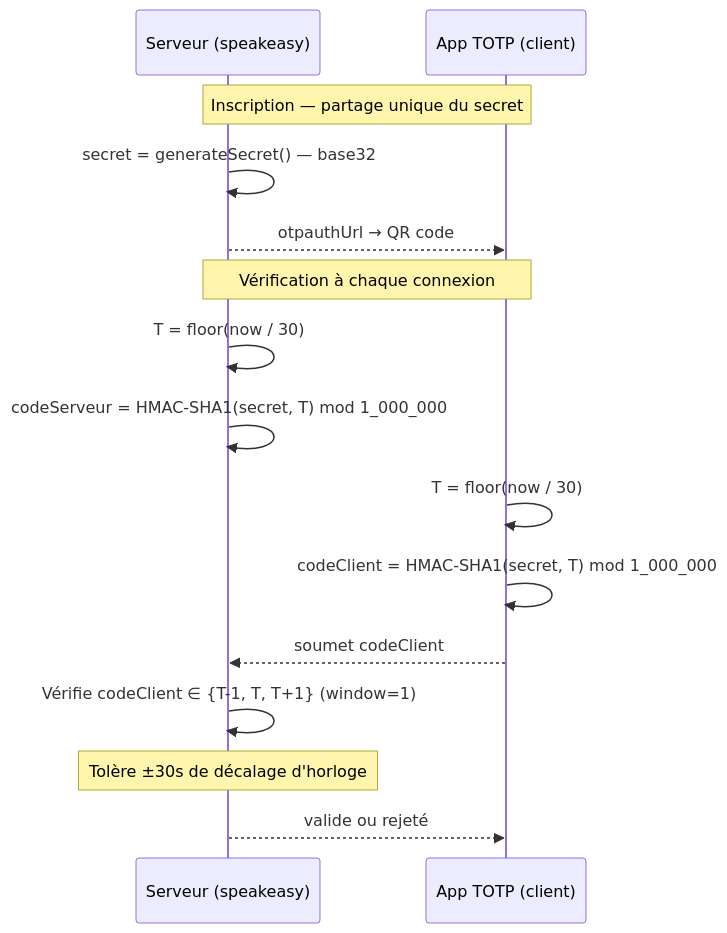
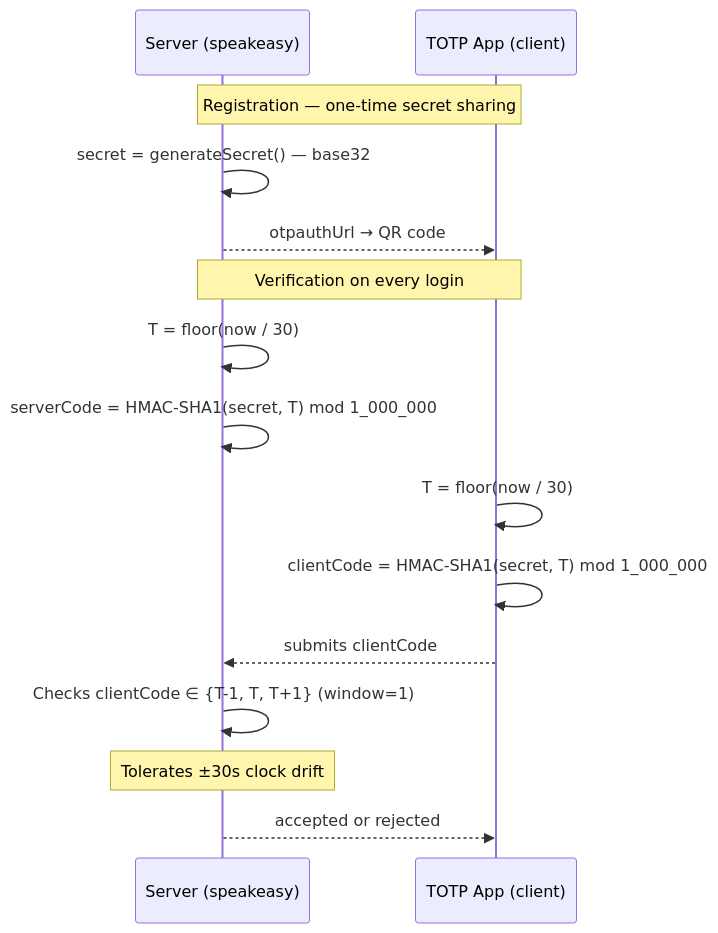
Before and after one commit to creibaud/QuartierConnect: diagram 16 of 23 in docs/RAPPORT-ETAPE2.md, drawn with Mermaid. The commit also changed other lines of this file and 155 other files, not shown here.

````diff
--- a/docs/RAPPORT-ETAPE2.md
+++ b/docs/RAPPORT-ETAPE2.md
@@ -636,20 +636,20 @@
 ```mermaid
 sequenceDiagram
-    participant S as Serveur (speakeasy)
-    participant C as App TOTP (client)
+    participant S as Server (speakeasy)
+    participant C as TOTP App (client)
 
-    Note over S,C: Inscription — partage unique du secret
+    Note over S,C: Registration — one-time secret sharing
     S->>S: secret = generateSecret() — base32
     S-->>C: otpauthUrl → QR code
 
-    Note over S,C: Vérification à chaque connexion
+    Note over S,C: Verification on every login
     S->>S: T = floor(now / 30)
-    S->>S: codeServeur = HMAC-SHA1(secret, T) mod 1_000_000
+    S->>S: serverCode = HMAC-SHA1(secret, T) mod 1_000_000
     C->>C: T = floor(now / 30)
-    C->>C: codeClient = HMAC-SHA1(secret, T) mod 1_000_000
-    C-->>S: soumet codeClient
+    C->>C: clientCode = HMAC-SHA1(secret, T) mod 1_000_000
+    C-->>S: submits clientCode
 
-    S->>S: Vérifie codeClient ∈ {T-1, T, T+1} (window=1)
-    Note over S: Tolère ±30s de décalage d'horloge
-    S-->>C: valide ou rejeté
+    S->>S: Checks clientCode ∈ {T-1, T, T+1} (window=1)
+    Note over S: Tolerates ±30s clock drift
+    S-->>C: accepted or rejected
 ```
````
